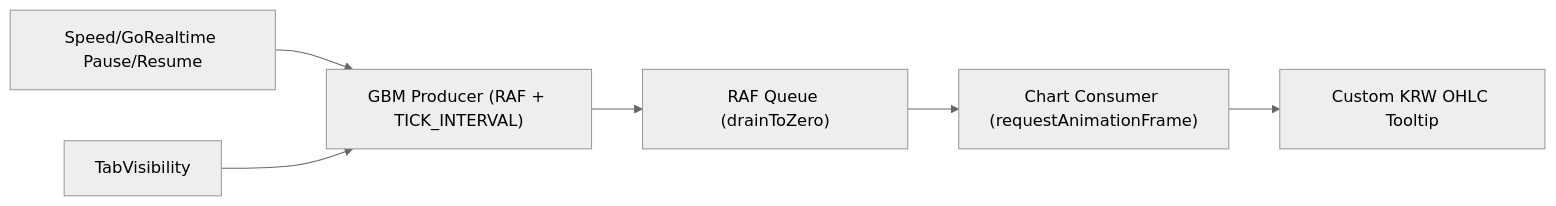
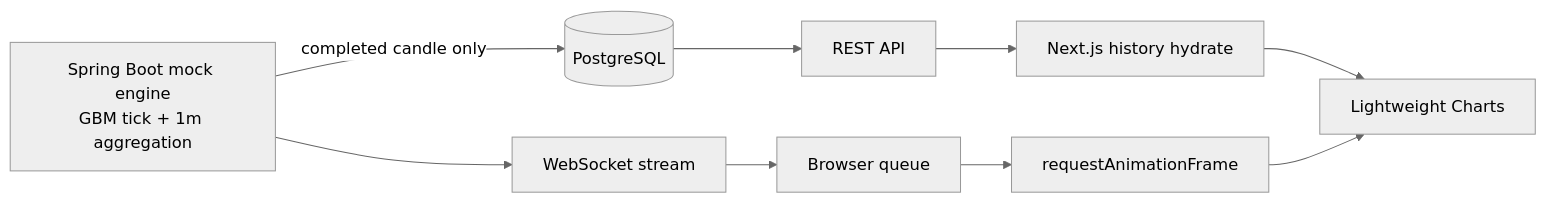
The diagram in README.md (20massalia/realtime-candle-chart), drawn with Mermaid (neutral theme) before and after one commit. The commit also changed other lines of this file, not shown here.

````diff
--- a/README.md
+++ b/README.md
@@ -37,9 +21,11 @@
 ```mermaid
-graph LR
-  Producer["GBM Producer (RAF + TICK_INTERVAL)"] --> Queue["RAF Queue (drainToZero)"]
-  Queue --> Consumer["Chart Consumer (requestAnimationFrame)"]
-  Consumer --> CandleChart["Custom KRW OHLC Tooltip"]
-
-  UI["Speed/GoRealtime Pause/Resume"] --> Producer
-  TabVisibility --> Producer
+flowchart LR
+  Engine["Spring Boot mock engine<br/>GBM tick + 1m aggregation"] --> Stream["WebSocket stream"]
+  Engine -->|"completed candle only"| DB[("PostgreSQL")]
+  DB --> API["REST API"]
+  API --> Home["Next.js history hydrate"]
+  Stream --> Queue["Browser queue"]
+  Queue --> RAF["requestAnimationFrame"]
+  Home --> Chart["Lightweight Charts"]
+  RAF --> Chart
 ```
````
